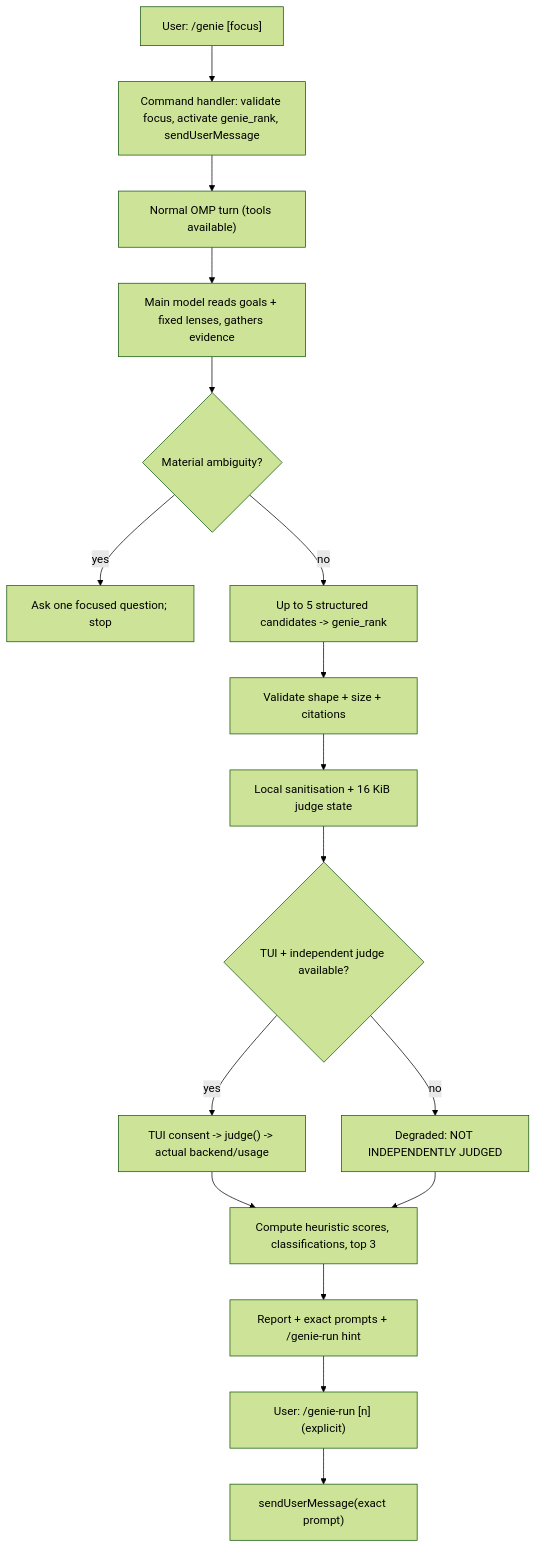
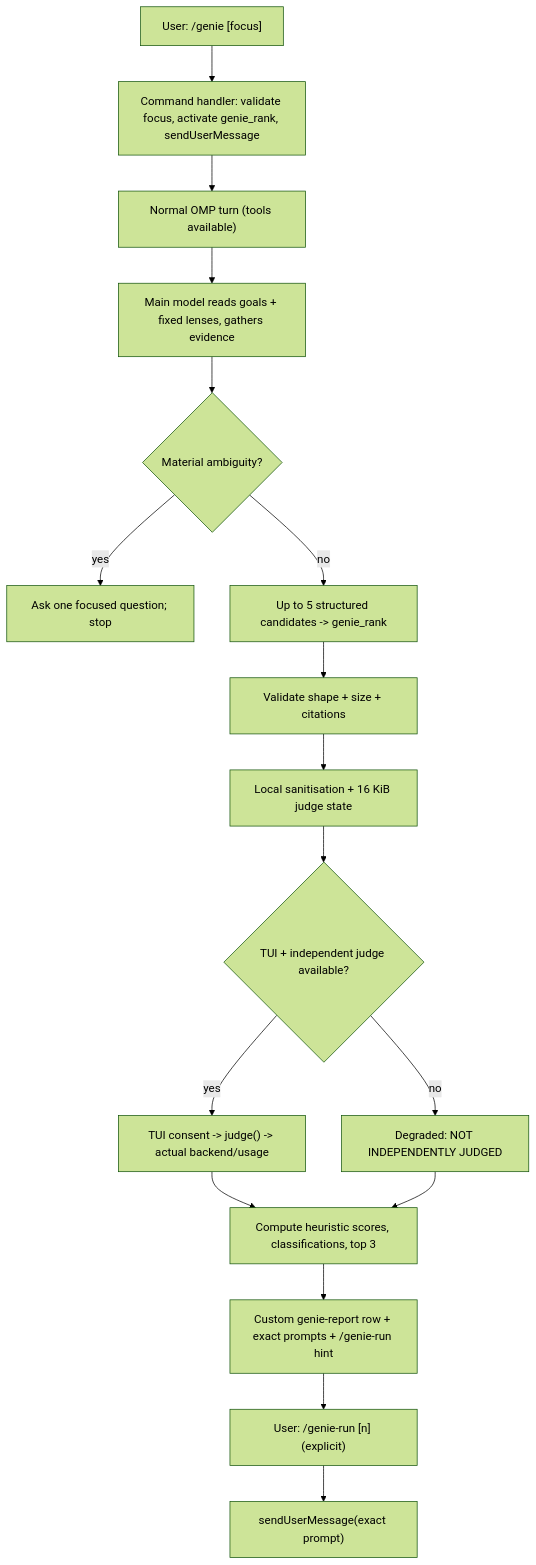
Before and after one commit to haibt163/omp-genie: the diagram in docs/architecture.md, drawn with Mermaid (forest theme). The commit also changed other lines of this file and 70 other files, not shown here.

````diff
--- a/docs/architecture.md
+++ b/docs/architecture.md
@@ -19,19 +19,19 @@
 ```mermaid
 flowchart TD
     U["User: /genie [focus]"] --> C["Command handler: validate focus, activate genie_rank, sendUserMessage"]
     C --> T["Normal OMP turn (tools available)"]
     T --> G["Main model reads goals + fixed lenses, gathers evidence"]
     G --> A{"Material ambiguity?"}
     A -- yes --> Q["Ask one focused question; stop"]
     A -- no --> K["Up to 5 structured candidates -> genie_rank"]
     K --> V["Validate shape + size + citations"]
     V --> S["Local sanitisation + 16 KiB judge state"]
     S --> J{"TUI + independent judge available?"}
     J -- yes --> X["TUI consent -> judge() -> actual backend/usage"]
     J -- no --> DG["Degraded: NOT INDEPENDENTLY JUDGED"]
     X --> R["Compute heuristic scores, classifications, top 3"]
     DG --> R
-    R --> O["Report + exact prompts + /genie-run hint"]
+    R --> O["Custom genie-report row + exact prompts + /genie-run hint"]
     O --> P["User: /genie-run [n] (explicit)"]
     P --> M["sendUserMessage(exact prompt)"]
 ```
````
